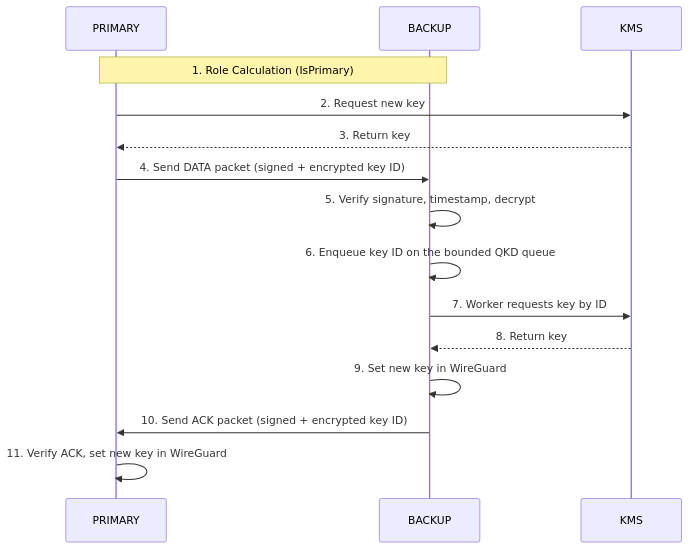
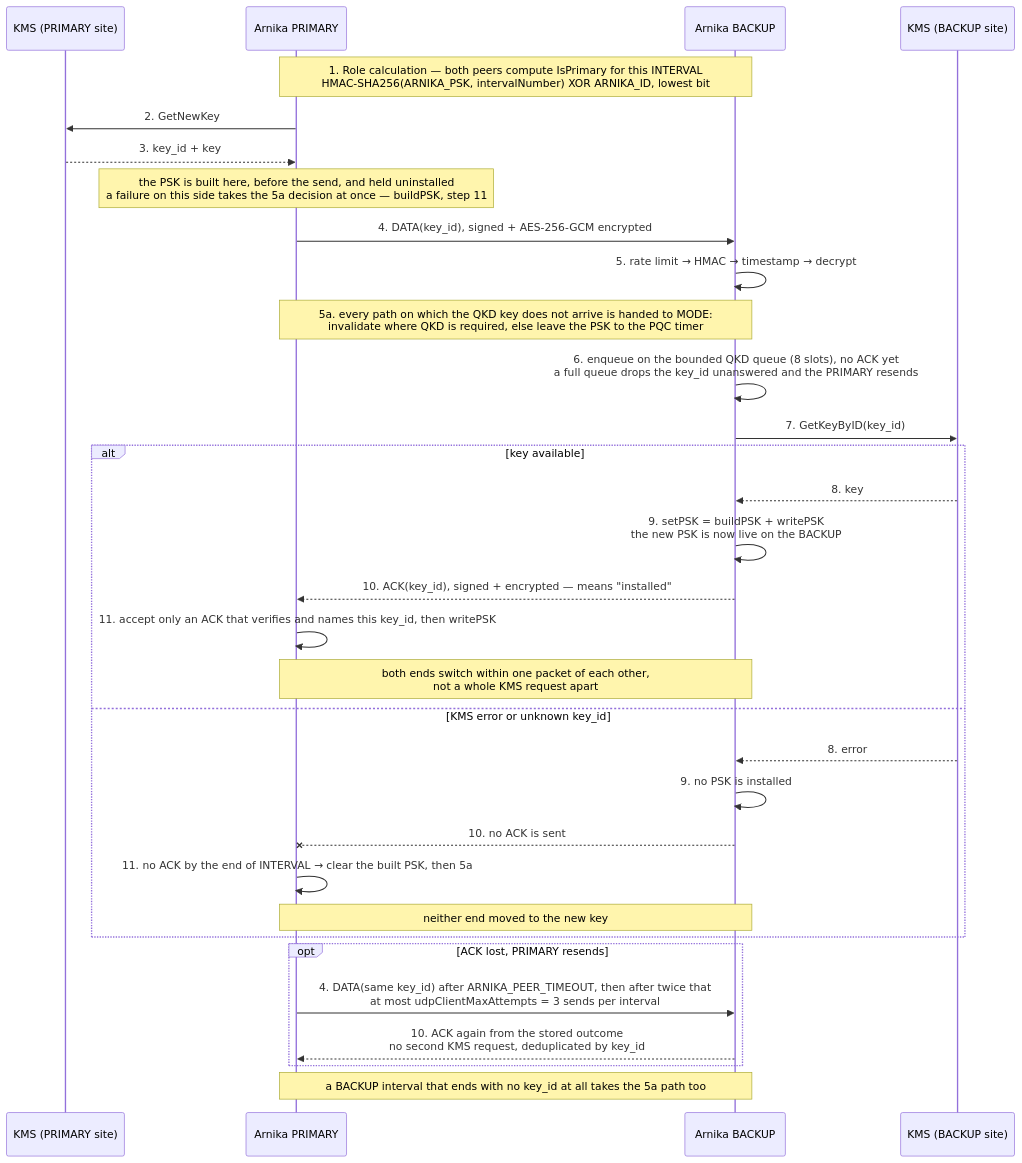
The first of 2 diagrams in CODEFLOW.md (arnika-project/arnika), drawn with Mermaid before and after one commit. The commit also changed other lines of this file, not shown here.

Commit message:
redraw the code flow diagram

````diff
--- a/CODEFLOW.md
+++ b/CODEFLOW.md
@@ -16,18 +16,35 @@
 ```mermaid
 sequenceDiagram
-    participant PRIMARY
-    participant BACKUP
-    participant KMS
+    participant KA as KMS (PRIMARY site)
+    participant P as Arnika PRIMARY
+    participant B as Arnika BACKUP
+    participant KB as KMS (BACKUP site)
 
-    Note over PRIMARY,BACKUP: 1. Role Calculation (IsPrimary)
-    PRIMARY->>KMS: 2. Request new key
-    KMS-->>PRIMARY: 3. Return key
-    PRIMARY->>BACKUP: 4. Send DATA packet (signed + encrypted key ID)
-    BACKUP->>BACKUP: 5. Verify signature, timestamp, decrypt
-    BACKUP->>BACKUP: 6. Enqueue key ID on the bounded QKD queue
-    BACKUP->>KMS: 7. Worker requests key by ID
-    KMS-->>BACKUP: 8. Return key
-    BACKUP->>BACKUP: 9. Set new key in WireGuard
-    BACKUP->>PRIMARY: 10. Send ACK packet (signed + encrypted key ID)
-    PRIMARY->>PRIMARY: 11. Verify ACK, set new key in WireGuard
+    Note over P,B: 1. Role calculation — both peers compute IsPrimary for this INTERVAL<br/>HMAC-SHA256(ARNIKA_PSK, intervalNumber) XOR ARNIKA_ID, lowest bit
+    P->>KA: 2. GetNewKey
+    KA-->>P: 3. key_id + key
+    Note over P: the PSK is built here, before the send, and held uninstalled<br/>a failure on this side takes the 5a decision at once — buildPSK, step 11
+    P->>B: 4. DATA(key_id), signed + AES-256-GCM encrypted
+    B->>B: 5. rate limit → HMAC → timestamp → decrypt
+    Note over P,B: 5a. every path on which the QKD key does not arrive is handed to MODE:<br/>invalidate where QKD is required, else leave the PSK to the PQC timer
+    B->>B: 6. enqueue on the bounded QKD queue (8 slots), no ACK yet<br/>a full queue drops the key_id unanswered and the PRIMARY resends
+    B->>KB: 7. GetKeyByID(key_id)
+    alt key available
+        KB-->>B: 8. key
+        B->>B: 9. setPSK = buildPSK + writePSK<br/>the new PSK is now live on the BACKUP
+        B-->>P: 10. ACK(key_id), signed + encrypted — means "installed"
+        P->>P: 11. accept only an ACK that verifies and names this key_id, then writePSK
+        Note over P,B: both ends switch within one packet of each other,<br/>not a whole KMS request apart
+    else KMS error or unknown key_id
+        KB-->>B: 8. error
+        B->>B: 9. no PSK is installed
+        B--xP: 10. no ACK is sent
+        P->>P: 11. no ACK by the end of INTERVAL → clear the built PSK, then 5a
+        Note over P,B: neither end moved to the new key
+    end
+    opt ACK lost, PRIMARY resends
+        P->>B: 4. DATA(same key_id) after ARNIKA_PEER_TIMEOUT, then after twice that<br/>at most udpClientMaxAttempts = 3 sends per interval
+        B-->>P: 10. ACK again from the stored outcome<br/>no second KMS request, deduplicated by key_id
+    end
+    Note over P,B: a BACKUP interval that ends with no key_id at all takes the 5a path too
 ```
````
